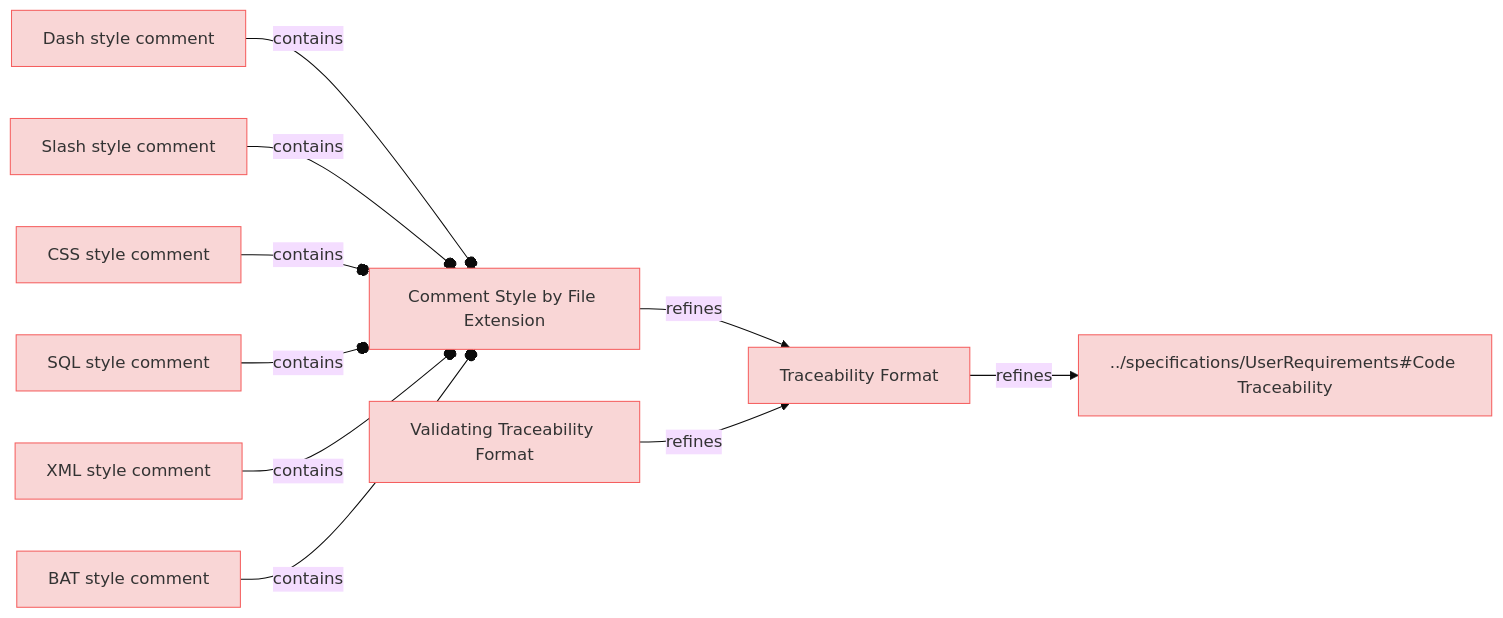
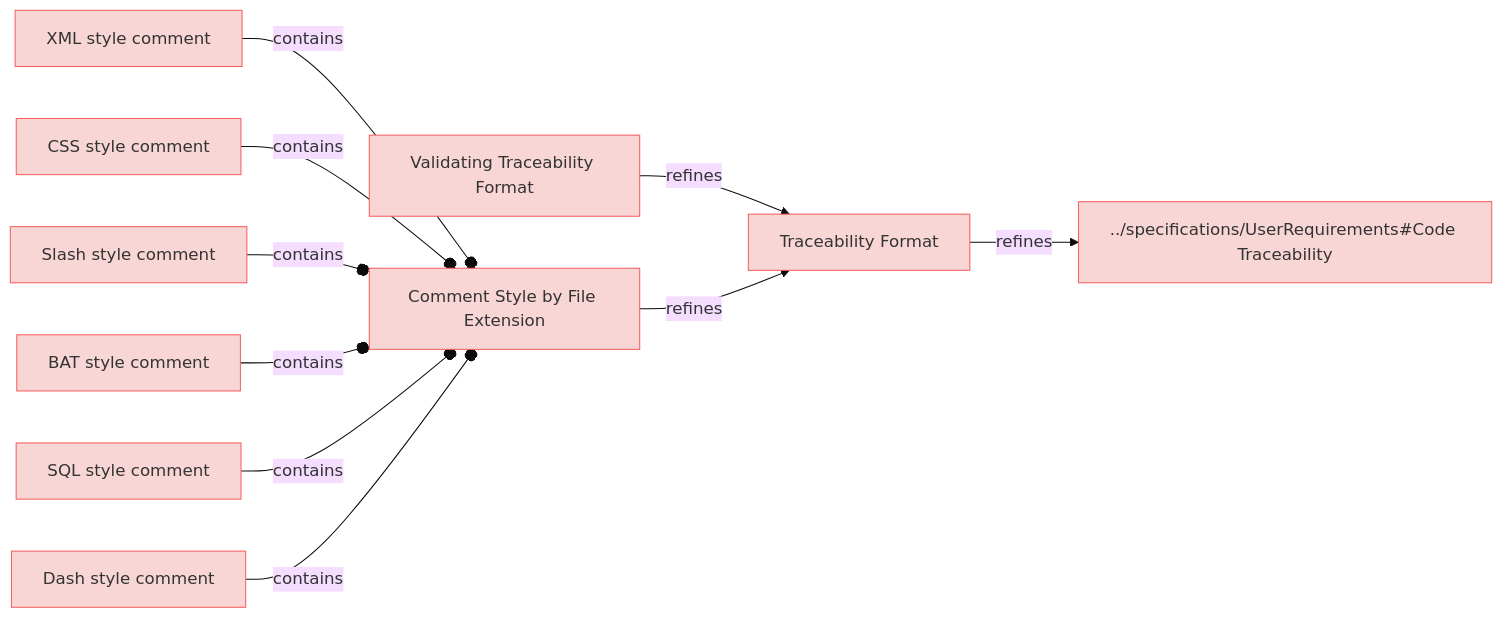
Before and after one commit to reqvire-org/reqvire: the diagram in specifications/CodeTraecabilityRequirements.md, drawn with Mermaid (base theme). The commit also changed 72 other files, not shown here.

Commit message:
Major rework of the logic in reqvire. It uses git repository root as root folder and everything else is relative to it. External folders and specifications folder concept has been deprecated.

````diff
--- a/specifications/CodeTraecabilityRequirements.md
+++ b/specifications/CodeTraecabilityRequirements.md
@@ -4,48 +4,48 @@
 ```mermaid
 graph LR;
   %% Graph styling
   classDef requirement fill:#f9d6d6,stroke:#f55f5f,stroke-width:1px;
   classDef verification fill:#d6f9d6,stroke:#5fd75f,stroke-width:1px;
   classDef externalLink fill:#d0e0ff,stroke:#3080ff,stroke-width:1px;
   classDef default fill:#f5f5f5,stroke:#333333,stroke-width:1px;
 
-  e7305180ad512acd["Dash style comment"];
-  click e7305180ad512acd "https://github.com/Reqvire/reqvire/blob/ad88ba6b828e94c93382866fefd058c011c1ac60/specifications/CodeTraecabilityRequirements.md#dash-style-comment";
-  class e7305180ad512acd requirement;
+  f02fa9023214d641["XML style comment"];
+  click f02fa9023214d641 "CodeTraecabilityRequirements.md#xml-style-comment";
+  class f02fa9023214d641 requirement;
   c332a9a7fee51b73["Comment Style by File Extension"];
   class c332a9a7fee51b73 requirement;
-  click c332a9a7fee51b73 "https://github.com/Reqvire/reqvire/blob/ad88ba6b828e94c93382866fefd058c011c1ac60/specifications/CodeTraecabilityRequirements.md#comment-style-by-file-extension";
-  e7305180ad512acd --o|contains| c332a9a7fee51b73;
+  click c332a9a7fee51b73 "CodeTraecabilityRequirements.md#comment-style-by-file-extension";
+  f02fa9023214d641 --o|contains| c332a9a7fee51b73;
+  8086d70961a4c09["Traceability Format"];
+  click 8086d70961a4c09 "CodeTraecabilityRequirements.md#traceability-format";
+  class 8086d70961a4c09 requirement;
+  8c02a4fb740392b["../specifications/UserRequirements#Code Traceability"];
+  class 8c02a4fb740392b requirement;
+  click 8c02a4fb740392b "UserRequirements.md#code-traceability";
+  8086d70961a4c09 -->|refines| 8c02a4fb740392b;
+  240322b67055a395["CSS style comment"];
+  click 240322b67055a395 "CodeTraecabilityRequirements.md#css-style-comment";
+  class 240322b67055a395 requirement;
+  240322b67055a395 --o|contains| c332a9a7fee51b73;
+  1e4723b5a9d499c3["Validating Traceability Format"];
+  click 1e4723b5a9d499c3 "CodeTraecabilityRequirements.md#validating-traceability-format";
+  class 1e4723b5a9d499c3 requirement;
+  1e4723b5a9d499c3 -->|refines| 8086d70961a4c09;
+  c332a9a7fee51b73 -->|refines| 8086d70961a4c09;
   e7b2735ad78db7f7["Slash style comment"];
-  click e7b2735ad78db7f7 "https://github.com/Reqvire/reqvire/blob/ad88ba6b828e94c93382866fefd058c011c1ac60/specifications/CodeTraecabilityRequirements.md#slash-style-comment";
+  click e7b2735ad78db7f7 "CodeTraecabilityRequirements.md#slash-style-comment";
   class e7b2735ad78db7f7 requirement;
   e7b2735ad78db7f7 --o|contains| c332a9a7fee51b73;
-  8086d70961a4c09["Traceability Format"];
-  class 8086d70961a4c09 requirement;
-  click 8086d70961a4c09 "https://github.com/Reqvire/reqvire/blob/ad88ba6b828e94c93382866fefd058c011c1ac60/specifications/CodeTraecabilityRequirements.md#traceability-format";
-  c332a9a7fee51b73 -->|refines| 8086d70961a4c09;
-  240322b67055a395["CSS style comment"];
-  click 240322b67055a395 "https://github.com/Reqvire/reqvire/blob/ad88ba6b828e94c93382866fefd058c011c1ac60/specifications/CodeTraecabilityRequirements.md#css-style-comment";
-  class 240322b67055a395 requirement;
-  240322b67055a395 --o|contains| c332a9a7fee51b73;
+  d6b76d3e1a3056ce["BAT style comment"];
+  click d6b76d3e1a3056ce "CodeTraecabilityRequirements.md#bat-style-comment";
+  class d6b76d3e1a3056ce requirement;
+  d6b76d3e1a3056ce --o|contains| c332a9a7fee51b73;
   cb7a50ba5073bd8f["SQL style comment"];
-  click cb7a50ba5073bd8f "https://github.com/Reqvire/reqvire/blob/ad88ba6b828e94c93382866fefd058c011c1ac60/specifications/CodeTraecabilityRequirements.md#sql-style-comment";
+  click cb7a50ba5073bd8f "CodeTraecabilityRequirements.md#sql-style-comment";
   class cb7a50ba5073bd8f requirement;
   cb7a50ba5073bd8f --o|contains| c332a9a7fee51b73;
-  f02fa9023214d641["XML style comment"];
-  click f02fa9023214d641 "https://github.com/Reqvire/reqvire/blob/ad88ba6b828e94c93382866fefd058c011c1ac60/specifications/CodeTraecabilityRequirements.md#xml-style-comment";
-  class f02fa9023214d641 requirement;
-  f02fa9023214d641 --o|contains| c332a9a7fee51b73;
-  8c02a4fb740392b["../specifications/UserRequirements#Code Traceability"];
-  class 8c02a4fb740392b requirement;
-  click 8c02a4fb740392b "https://github.com/Reqvire/reqvire/blob/ad88ba6b828e94c93382866fefd058c011c1ac60/specifications/UserRequirements.md#code-traceability";
-  8086d70961a4c09 -->|refines| 8c02a4fb740392b;
-  d6b76d3e1a3056ce["BAT style comment"];
-  click d6b76d3e1a3056ce "https://github.com/Reqvire/reqvire/blob/ad88ba6b828e94c93382866fefd058c011c1ac60/specifications/CodeTraecabilityRequirements.md#bat-style-comment";
-  class d6b76d3e1a3056ce requirement;
-  d6b76d3e1a3056ce --o|contains| c332a9a7fee51b73;
-  1e4723b5a9d499c3["Validating Traceability Format"];
-  click 1e4723b5a9d499c3 "https://github.com/Reqvire/reqvire/blob/ad88ba6b828e94c93382866fefd058c011c1ac60/specifications/CodeTraecabilityRequirements.md#validating-traceability-format";
-  class 1e4723b5a9d499c3 requirement;
-  1e4723b5a9d499c3 -->|refines| 8086d70961a4c09;
+  e7305180ad512acd["Dash style comment"];
+  click e7305180ad512acd "CodeTraecabilityRequirements.md#dash-style-comment";
+  class e7305180ad512acd requirement;
+  e7305180ad512acd --o|contains| c332a9a7fee51b73;
 ```
````
